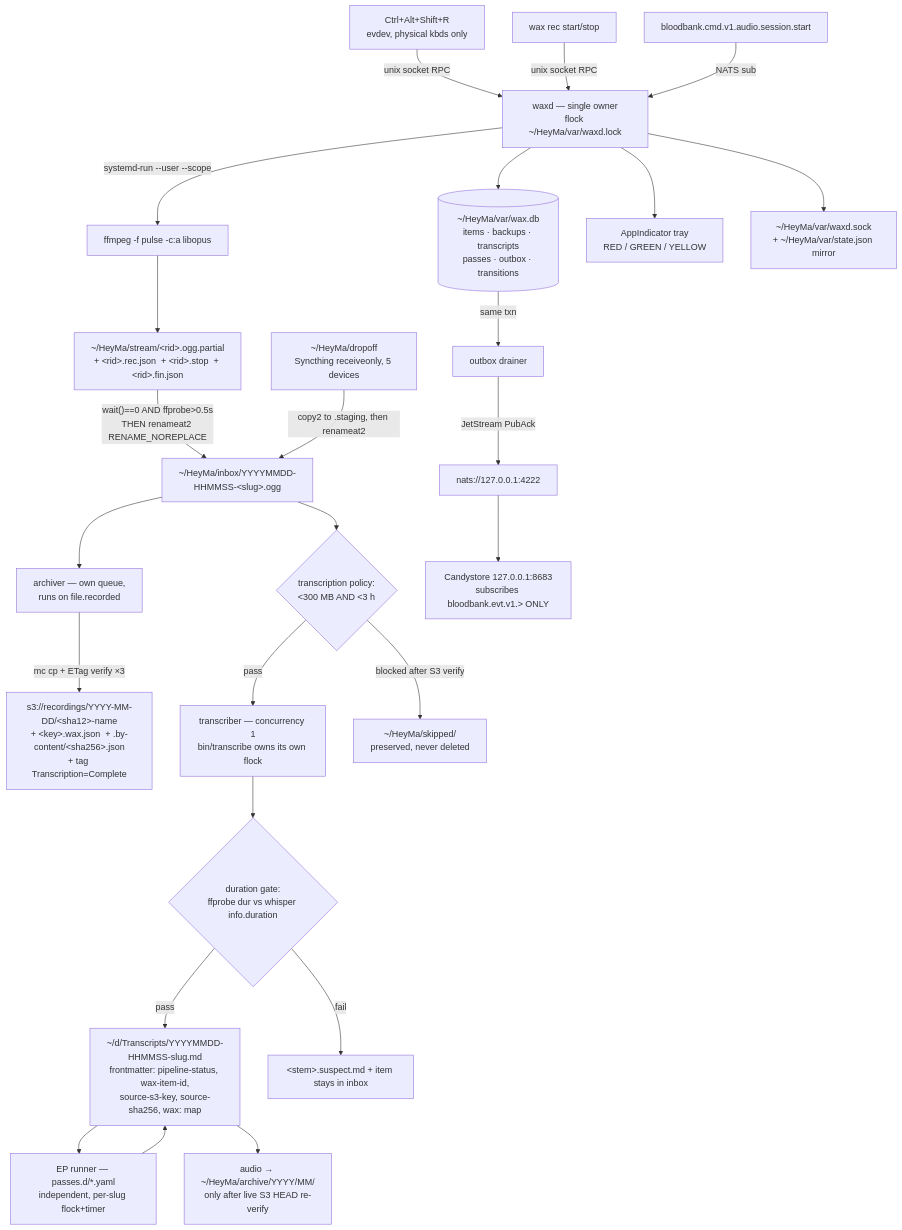
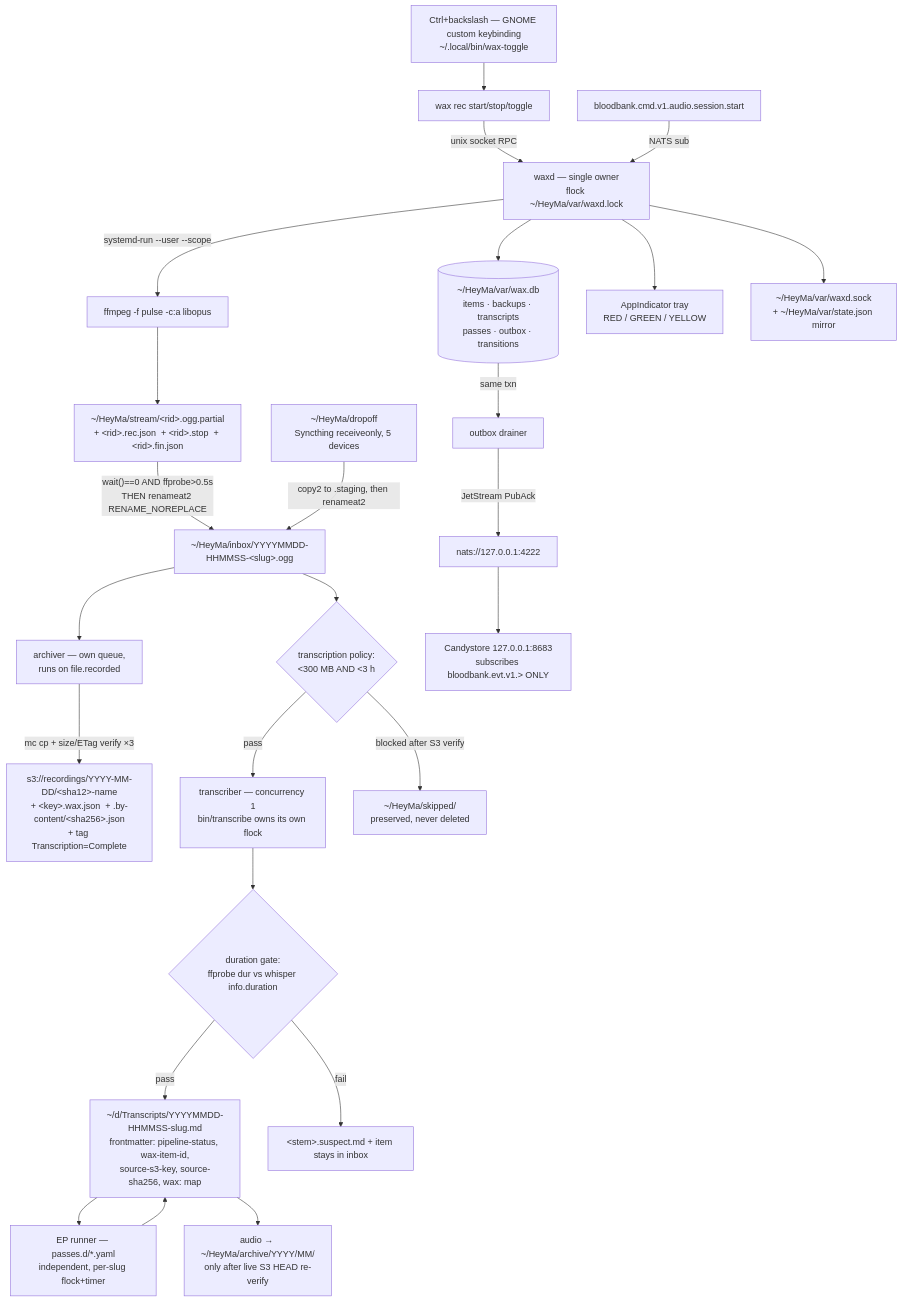
Before and after one commit to delorenj/HeyMa: the first of 3 diagrams in components/wax/docs/WAX-DESIGN.md, drawn with Mermaid. The commit also changed other lines of this file and 31 other files, not shown here.

````diff
--- a/components/wax/docs/WAX-DESIGN.md
+++ b/components/wax/docs/WAX-DESIGN.md
@@ -28,32 +28,32 @@
 ```mermaid
 flowchart TB
-  HK["Ctrl+Alt+Shift+R<br/>evdev, physical kbds only"] -->|unix socket RPC| D
-  CLI["wax rec start/stop"] -->|unix socket RPC| D
+  HK["Ctrl+backslash — GNOME custom keybinding<br/>~/.local/bin/wax-toggle"] --> CLI
+  CLI["wax rec start/stop/toggle"] -->|unix socket RPC| D
   CMD["bloodbank.cmd.v1.audio.session.start"] -->|NATS sub| D
 
   D["waxd — single owner<br/>flock ~/HeyMa/var/waxd.lock"]
   D -->|systemd-run --user --scope| FF["ffmpeg -f pulse -c:a libopus"]
   FF --> P["~/HeyMa/stream/&lt;rid&gt;.ogg.partial<br/>+ &lt;rid&gt;.rec.json  + &lt;rid&gt;.stop  + &lt;rid&gt;.fin.json"]
   P -->|"wait()==0 AND ffprobe&gt;0.5s<br/>THEN renameat2 RENAME_NOREPLACE"| IN["~/HeyMa/inbox/YYYYMMDD-HHMMSS-&lt;slug&gt;.ogg"]
 
   DROP["~/HeyMa/dropoff<br/>Syncthing receiveonly, 5 devices"] -->|copy2 to .staging, then renameat2| IN
 
   IN --> ARCH["archiver — own queue,<br/>runs on file.recorded"]
-  ARCH -->|mc cp + ETag verify ×3| S3["s3://recordings/YYYY-MM-DD/&lt;sha12&gt;-name<br/>+ &lt;key&gt;.wax.json  + .by-content/&lt;sha256&gt;.json<br/>+ tag Transcription=Complete"]
+  ARCH -->|"mc cp + size/ETag verify ×3"| S3["s3://recordings/YYYY-MM-DD/&lt;sha12&gt;-name<br/>+ &lt;key&gt;.wax.json  + .by-content/&lt;sha256&gt;.json<br/>+ tag Transcription=Complete"]
   IN --> POLICY{"transcription policy:<br/>&lt;300 MB AND &lt;3 h"}
   POLICY -->|pass| TR["transcriber — concurrency 1<br/>bin/transcribe owns its own flock"]
   POLICY -->|blocked after S3 verify| SKIP["~/HeyMa/skipped/<br/>preserved, never deleted"]
   TR --> GATE{"duration gate:<br/>ffprobe dur vs whisper info.duration"}
   GATE -->|pass| MD["~/d/Transcripts/YYYYMMDD-HHMMSS-slug.md<br/>frontmatter: pipeline-status, wax-item-id,<br/>source-s3-key, source-sha256, wax: map"]
   GATE -->|fail| SUS["&lt;stem&gt;.suspect.md + item stays in inbox"]
   MD --> EP["EP runner — passes.d/*.yaml<br/>independent, per-slug flock+timer"]
   EP --> MD
   MD --> ARCHIVE["audio → ~/HeyMa/archive/YYYY/MM/<br/>only after live S3 HEAD re-verify"]
 
   D --> LED[("~/HeyMa/var/wax.db<br/>items · backups · transcripts<br/>passes · outbox · transitions")]
   LED -->|same txn| OUT["outbox drainer"]
   OUT -->|JetStream PubAck| NATS["nats://127.0.0.1:4222"]
   NATS --> CS["Candystore 127.0.0.1:8683<br/>subscribes bloodbank.evt.v1.&gt; ONLY"]
   D --> TRAY["AppIndicator tray<br/>RED / GREEN / YELLOW"]
   D --> SOCK["~/HeyMa/var/waxd.sock<br/>+ ~/HeyMa/var/state.json mirror"]
 ```
````
